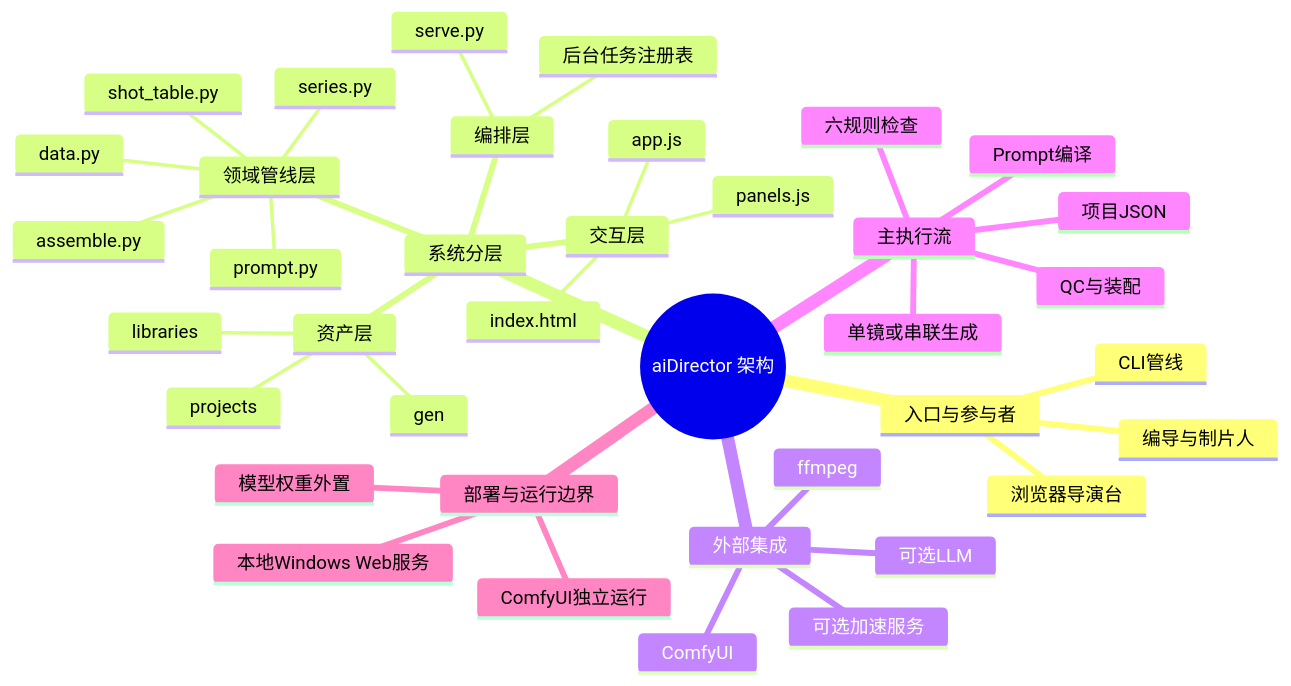
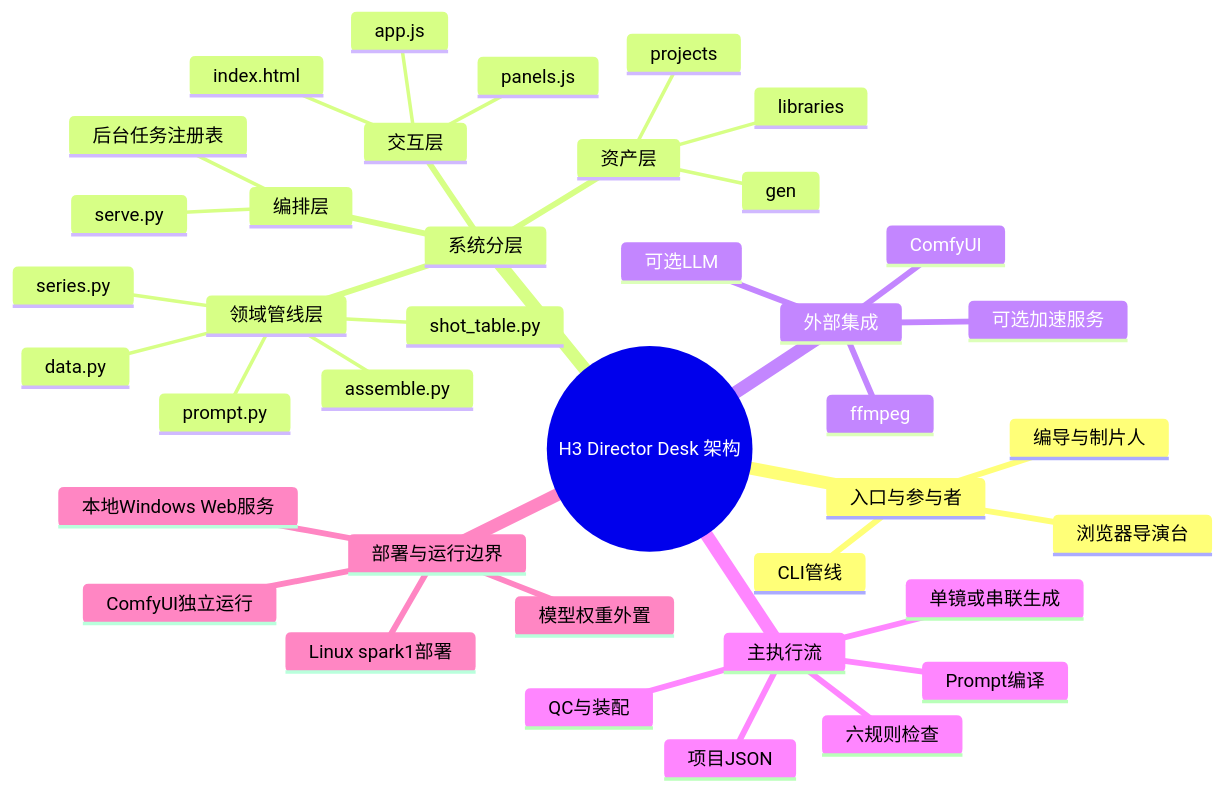
The diagram in docs/project-evolution/mindmaps/architecture.md (Exalex/h3-director-desk), drawn with Mermaid before and after one commit. The commit also changed 10 other files, not shown here.

````diff
--- a/docs/project-evolution/mindmaps/architecture.md
+++ b/docs/project-evolution/mindmaps/architecture.md
@@ -3,41 +3,42 @@
 ```mermaid
 mindmap
-  root((aiDirector 架构))
+  root((H3 Director Desk 架构))
     入口与参与者
       浏览器导演台
       CLI管线
       编导与制片人
     系统分层
       交互层
         index.html
         app.js
         panels.js
       编排层
         serve.py
         后台任务注册表
       领域管线层
         data.py
         shot_table.py
         prompt.py
         series.py
         assemble.py
       资产层
         projects
         gen
         libraries
     外部集成
       ComfyUI
       可选加速服务
       可选LLM
       ffmpeg
     主执行流
       项目JSON
       六规则检查
       Prompt编译
       单镜或串联生成
       QC与装配
     部署与运行边界
       本地Windows Web服务
+      Linux spark1部署
       ComfyUI独立运行
       模型权重外置
 ```
````
